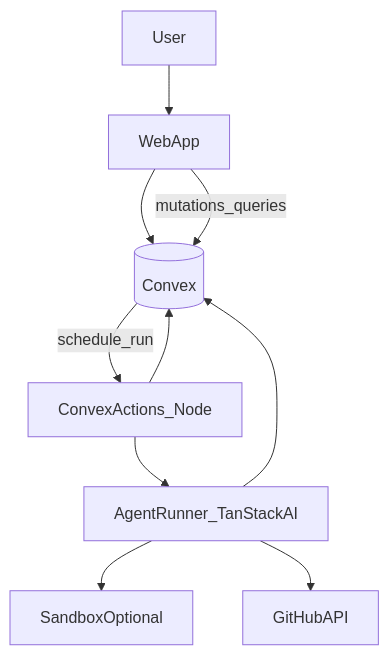
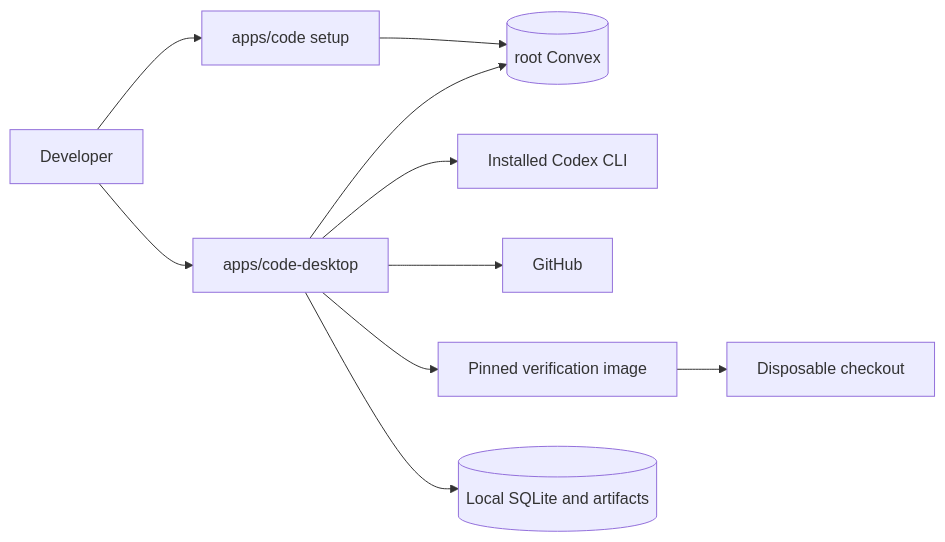
One commit to y31-labs/root changed the diagram in .plans/code-pr-agent/architecture.md. Above: the diagram before and after it, drawn with Mermaid. The commit also changed other lines of this file and 116 other files, not shown here.

````diff
--- a/.plans/code-pr-agent/architecture.md
+++ b/.plans/code-pr-agent/architecture.md
@@ -22,20 +5,12 @@
 ```mermaid
-flowchart TD
-  user[User]
-  web[WebApp]
-  convex[(Convex)]
-  actions[ConvexActions_Node]
-  agent[AgentRunner_TanStackAI]
-  gh[GitHubAPI]
-  sandbox[SandboxOptional]
-
-  user --> web
+flowchart LR
+  user[Developer] --> desktop[apps/code-desktop]
+  user --> web[apps/code setup]
+  desktop --> convex[(root Convex)]
   web --> convex
-  web -->|"mutations_queries"| convex
-  convex -->|"schedule_run"| actions
-  actions --> agent
-  agent --> sandbox
-  agent --> gh
-  actions --> convex
-  agent --> convex
+  desktop --> codex[Installed Codex CLI]
+  desktop --> github[GitHub]
+  desktop --> docker[Pinned verification image]
+  docker --> checkout[Disposable checkout]
+  desktop --> sqlite[(Local SQLite and artifacts)]
 ```
````
